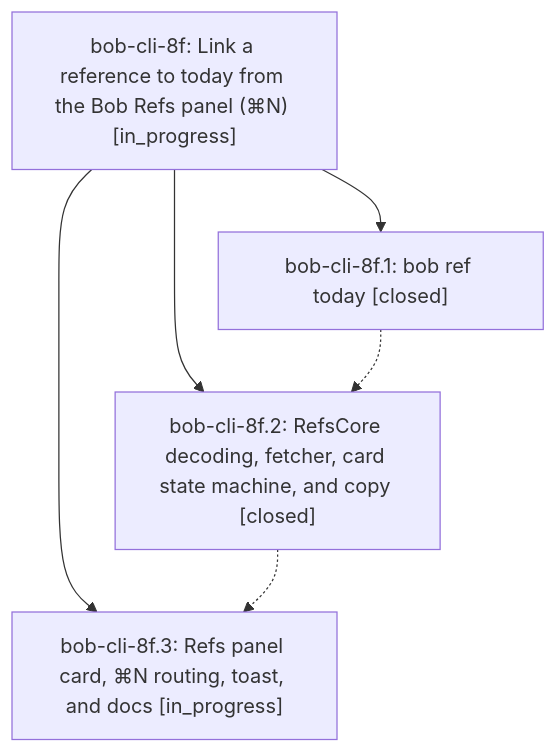
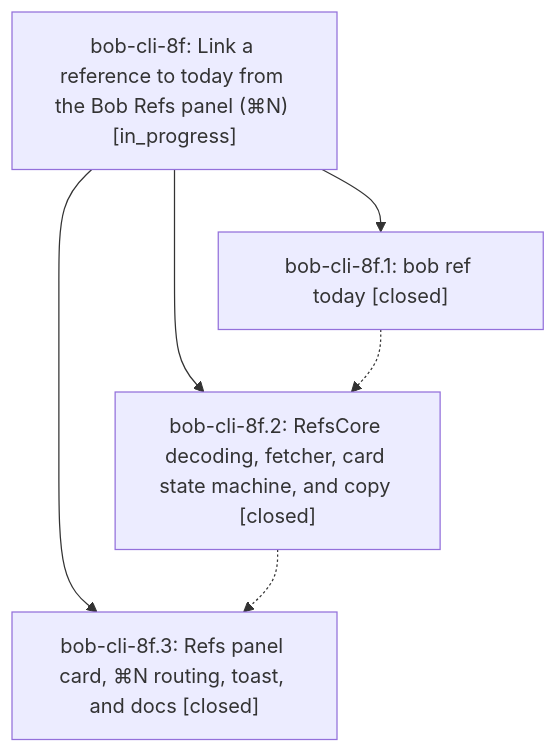
Before and after one commit to bobs-org/bob-cli--beads: the diagram in pages/bob-cli-8f/README.md, drawn with Mermaid. The commit also changed other lines of this file and 3 other files, not shown here.

First line of the commit message:
chore(beads): sync bead state and pages for bob-cli-8f

````diff
--- a/pages/bob-cli-8f/README.md
+++ b/pages/bob-cli-8f/README.md
@@ -38,12 +38,12 @@
 ```mermaid
 flowchart TD
     n0["bob-cli-8f: Link a reference to today from the Bob Refs panel (⌘N) [in_progress]"]
     n1["bob-cli-8f.1: bob ref today [closed]"]
     n2["bob-cli-8f.2: RefsCore decoding, fetcher, card state machine, and copy [closed]"]
-    n3["bob-cli-8f.3: Refs panel card, ⌘N routing, toast, and docs [in_progress]"]
+    n3["bob-cli-8f.3: Refs panel card, ⌘N routing, toast, and docs [closed]"]
     n0 --> n1
     n0 --> n2
     n0 --> n3
     n1 -.-> n2
     n2 -.-> n3
 ```
````
